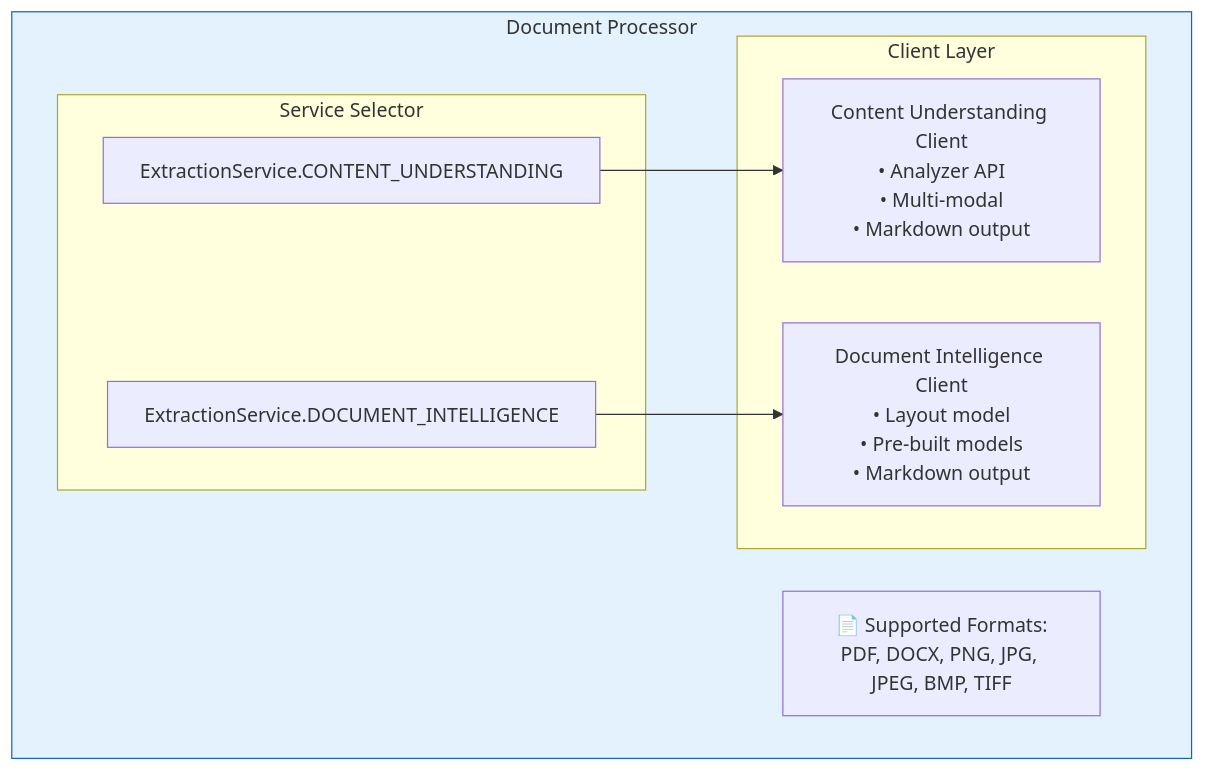
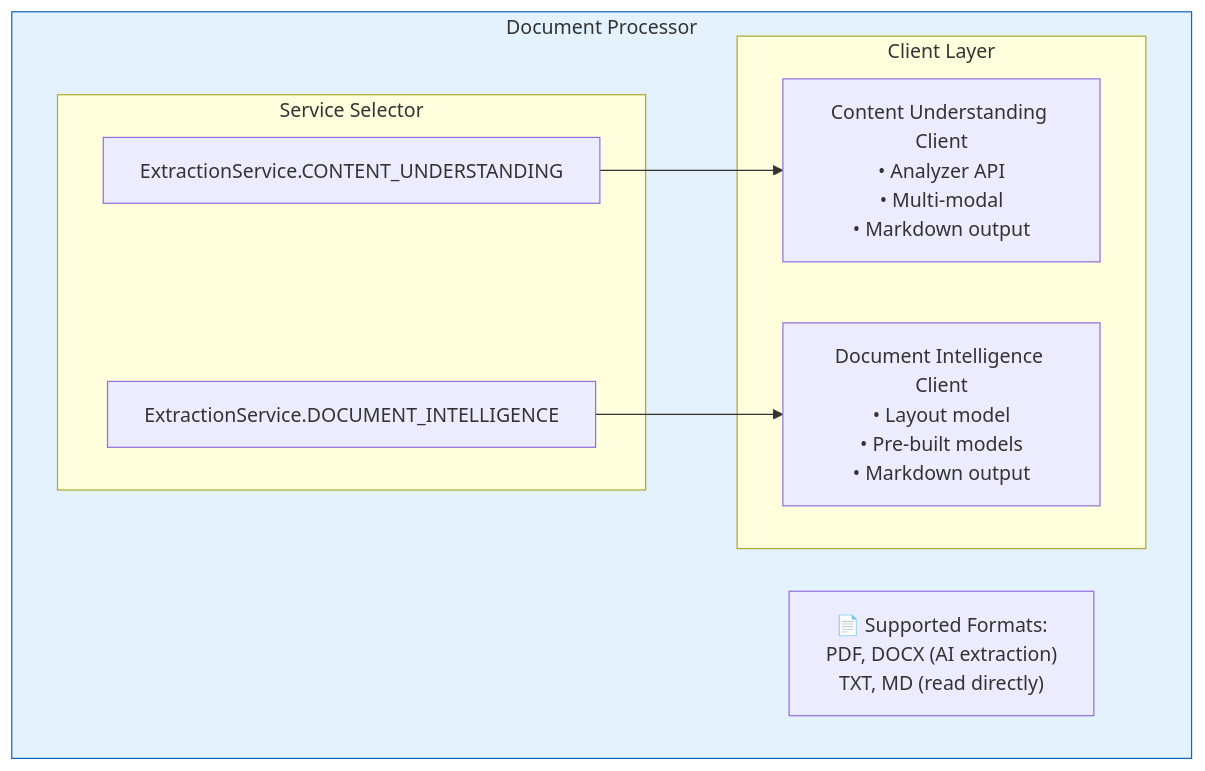
Before and after one commit to amgdy/rfp-analyzer: the third of 23 diagrams in docs/ARCHITECTURE.md, drawn with Mermaid. The commit also changed other lines of this file and 5 other files, not shown here.

First line of the commit message:
Fix step1_upload IndentationError, update .env.example, IaC, README, and ARCHITECTURE docs

````diff
--- a/docs/ARCHITECTURE.md
+++ b/docs/ARCHITECTURE.md
@@ -121,21 +121,21 @@
 ```mermaid
 flowchart TB
     subgraph DocProcessor["Document Processor"]
         subgraph Selector["Service Selector"]
             CUS["ExtractionService.CONTENT_UNDERSTANDING"]
             DIS["ExtractionService.DOCUMENT_INTELLIGENCE"]
         end
         
         subgraph Clients["Client Layer"]
             CUC["Content Understanding Client<br>• Analyzer API<br>• Multi-modal<br>• Markdown output"]
             DIC["Document Intelligence Client<br>• Layout model<br>• Pre-built models<br>• Markdown output"]
         end
         
         CUS --> CUC
         DIS --> DIC
         
-        Formats["📄 Supported Formats:<br>PDF, DOCX, PNG, JPG, JPEG, BMP, TIFF"]
+        Formats["📄 Supported Formats:<br>PDF, DOCX (AI extraction)<br>TXT, MD (read directly)"]
     end
     
     style DocProcessor fill:#e3f2fd,stroke:#1565c0
 ```
````
